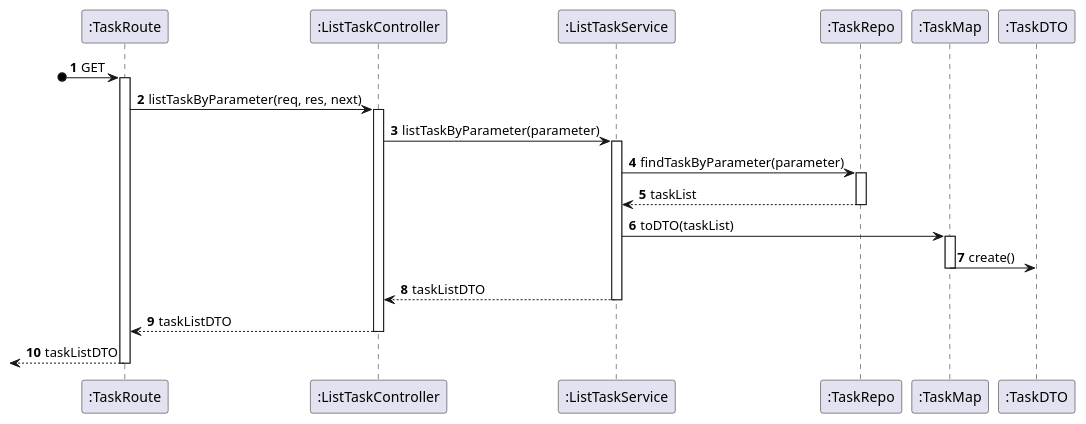
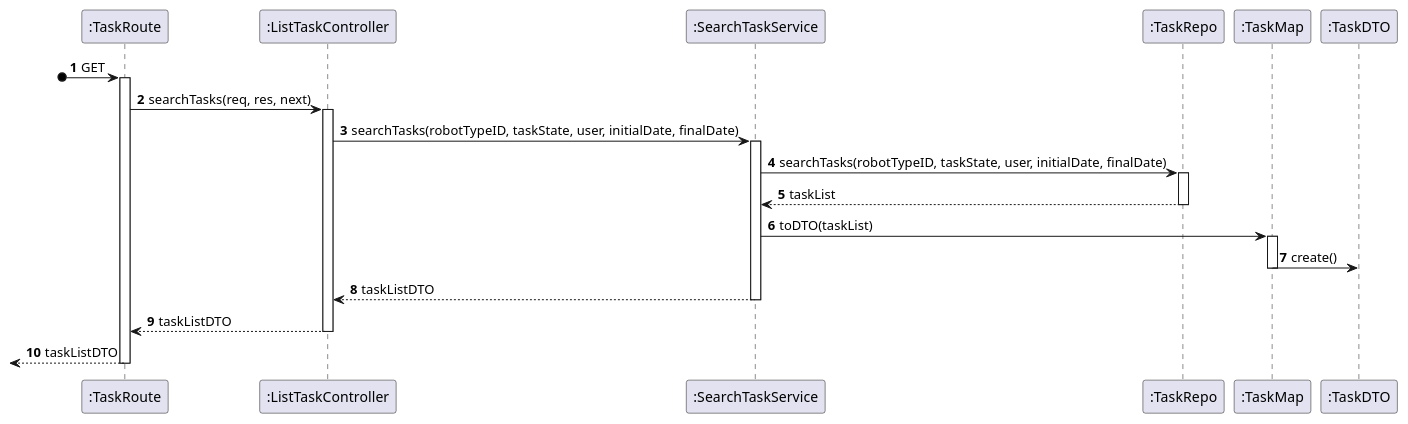
The diagram in docs/US_490/Diagrams/Level3/ProcessView.puml (Pedro-Pereira1/sem5pi_23_24_g056_Logistics), drawn with PlantUML before and after one commit. The commit also changed 5 other files, not shown here.

```diff
--- a/docs/US_490/Diagrams/Level3/ProcessView.puml
+++ b/docs/US_490/Diagrams/Level3/ProcessView.puml
@@ -1,42 +1,42 @@
 @startuml
 
 autonumber
 
 participant ":TaskRoute" as Floor
 participant ":ListTaskController" as Controller
-participant ":ListTaskService" as Service
+participant ":SearchTaskService" as Service
 participant ":TaskRepo" as Repo
 participant ":TaskMap" as Map
 participant ":TaskDTO" as DTO
 
 ?o->Floor: GET
 activate Floor
 
-Floor -> Controller: listTaskByParameter(req, res, next)
+Floor -> Controller: searchTasks(req, res, next)
 activate Controller
 
-Controller -> Service: listTaskByParameter(parameter)
+Controller -> Service: searchTasks(robotTypeID, taskState, user, initialDate, finalDate)
 activate Service
 
-Service -> Repo: findTaskByParameter(parameter)
+Service -> Repo: searchTasks(robotTypeID, taskState, user, initialDate, finalDate)
 activate Repo
 
 
 Repo --> Service: taskList
 deactivate Repo
 Service -> Map: toDTO(taskList)
 activate Map
 Map -> DTO:create()
 deactivate Map
 
 Service --> Controller: taskListDTO
 deactivate Service
 
 Controller --> Floor: taskListDTO
 deactivate Controller
 
 <--Floor: taskListDTO
 deactivate Floor
 
 
 @enduml
```
